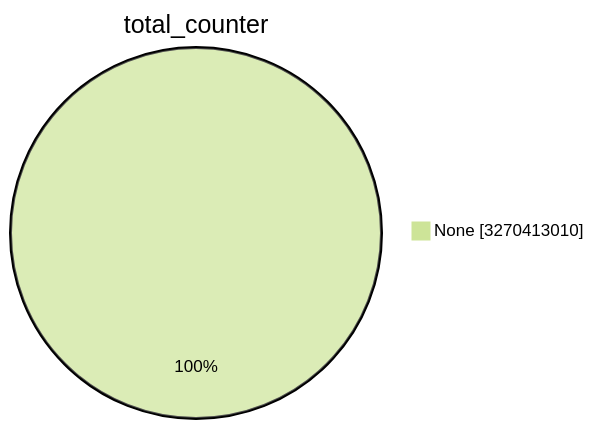
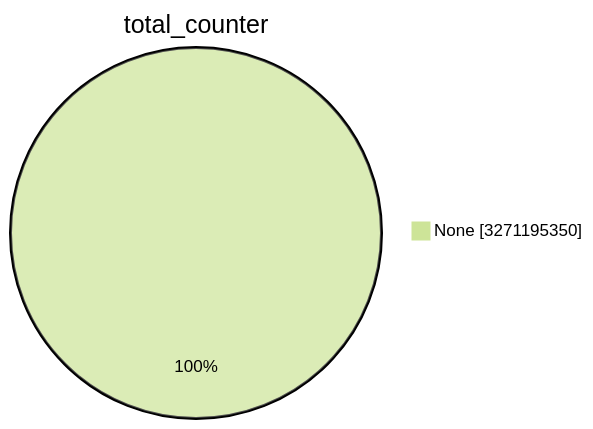
Before and after one commit to christiankrug/ctmonitor_visualization: the first of 15 diagrams in TOTAL/README.md, drawn with Mermaid (forest theme). The commit also changed other lines of this file, not shown here.

````diff
--- a/TOTAL/README.md
+++ b/TOTAL/README.md
@@ -1,5 +1,5 @@
 ```mermaid
 pie showData
 title total_counter
-"None" :3270413010
+"None" :3271195350
 ```
````
